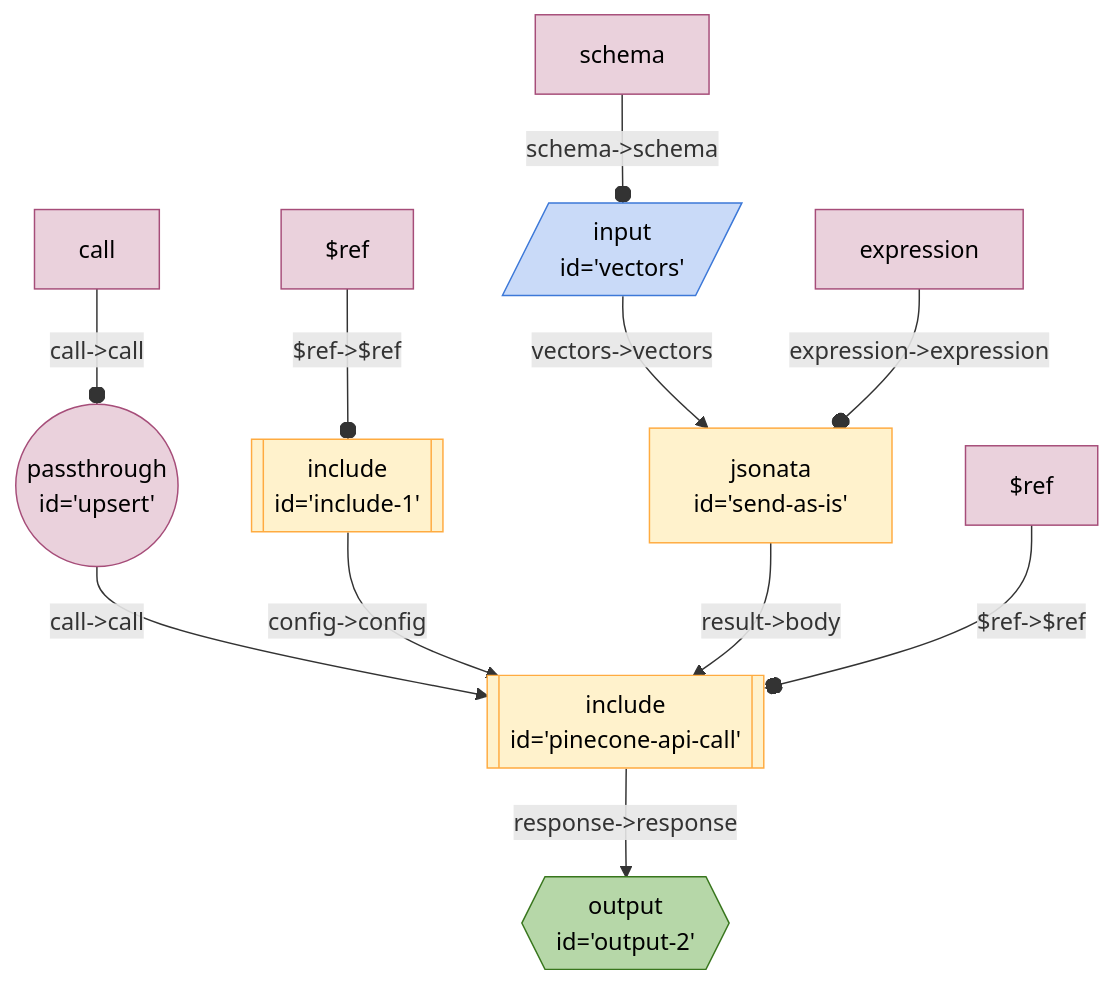
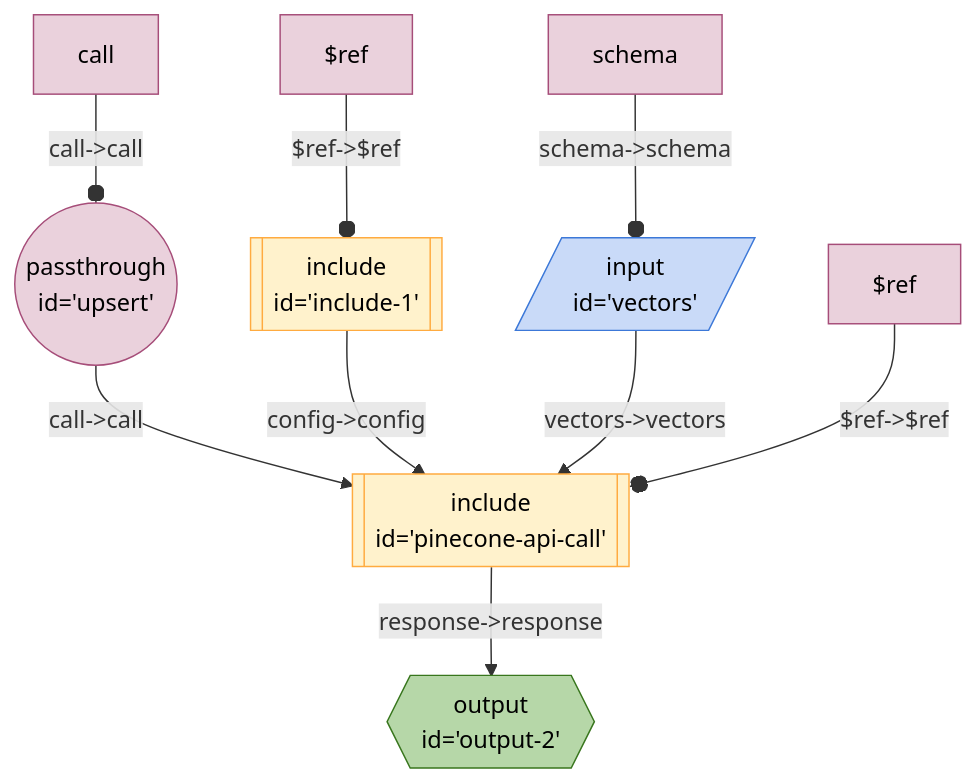
Before and after one commit to breadboard-ai/breadboard: the diagram in seeds/graph-playground/docs/graphs/pinecone-api-upsert.md, drawn with Mermaid. The commit also changed 6 other files, not shown here.

Commit message:
[graph-playground] Tweak `pinecone-api-upsert`.

````diff
--- a/seeds/graph-playground/docs/graphs/pinecone-api-upsert.md
+++ b/seeds/graph-playground/docs/graphs/pinecone-api-upsert.md
@@ -5,22 +5,20 @@
   ```mermaid
   %%{init: 'themeVariables': { 'fontFamily': 'Fira Code, monospace' }}%%
 graph TD;
 upsert(("passthrough <br> id='upsert'")):::passthrough -- "call->call" --> pineconeapicall[["include <br> id='pinecone-api-call'"]]:::include
 include1[["include <br> id='include-1'"]]:::include -- "config->config" --> pineconeapicall[["include <br> id='pinecone-api-call'"]]:::include
 pineconeapicall[["include <br> id='pinecone-api-call'"]]:::include -- "response->response" --> output2{{"output <br> id='output-2'"}}:::output
-sendasis["jsonata <br> id='send-as-is'"] -- "result->body" --> pineconeapicall[["include <br> id='pinecone-api-call'"]]:::include
-vectors[/"input <br> id='vectors'"/]:::input -- "vectors->vectors" --> sendasis["jsonata <br> id='send-as-is'"]
+vectors[/"input <br> id='vectors'"/]:::input -- "vectors->vectors" --> pineconeapicall[["include <br> id='pinecone-api-call'"]]:::include
 $refpineconeapicall[$ref]:::config -- "$ref->$ref" --o pineconeapicall
 callupsert[call]:::config -- "call->call" --o upsert
 $refinclude1[$ref]:::config -- "$ref->$ref" --o include1
 schemavectors[schema]:::config -- "schema->schema" --o vectors
-expressionsendasis[expression]:::config -- "expression->expression" --o sendasis
 classDef default stroke:#ffab40,fill:#fff2ccff,color:#000
 classDef input stroke:#3c78d8,fill:#c9daf8ff,color:#000
 classDef output stroke:#38761d,fill:#b6d7a8ff,color:#000
 classDef passthrough stroke:#a64d79,fill:#ead1dcff,color:#000
 classDef slot stroke:#a64d79,fill:#ead1dcff,color:#000
 classDef config stroke:#a64d79,fill:#ead1dcff,color:#000
 classDef secrets stroke:#db4437,fill:#f4cccc,color:#000
 classDef slotted stroke:#a64d79
   ```
````
